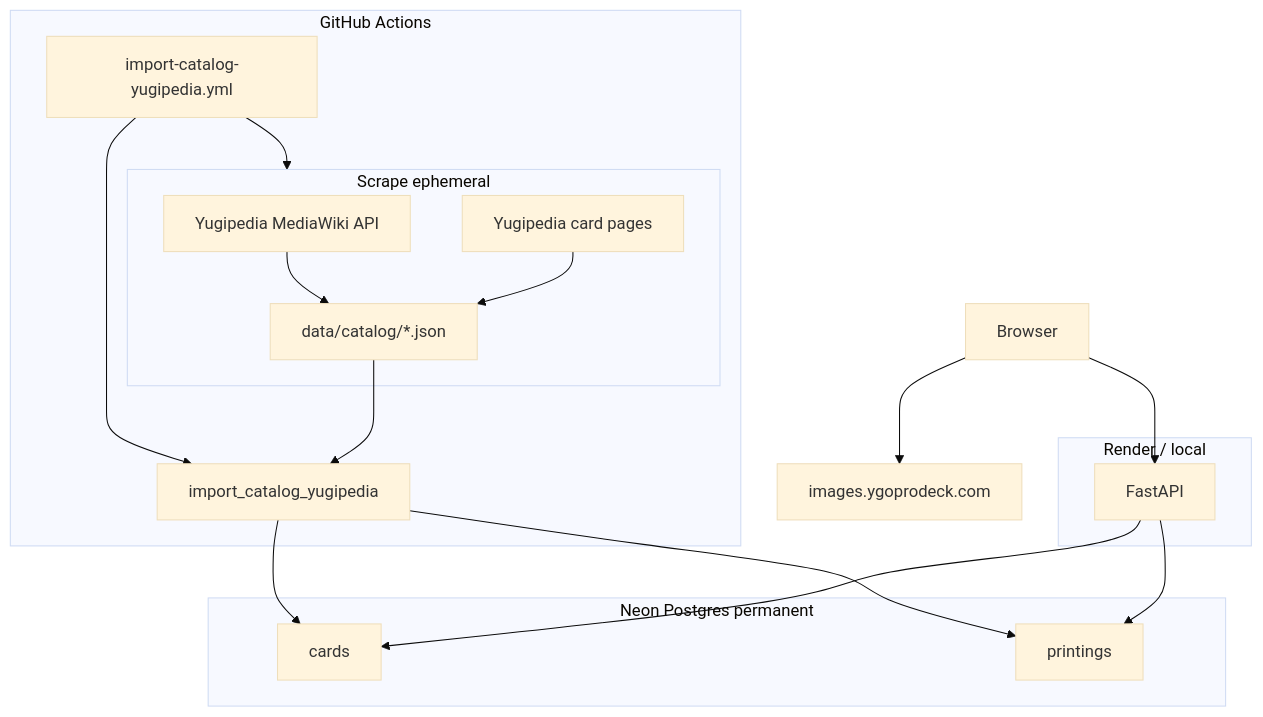
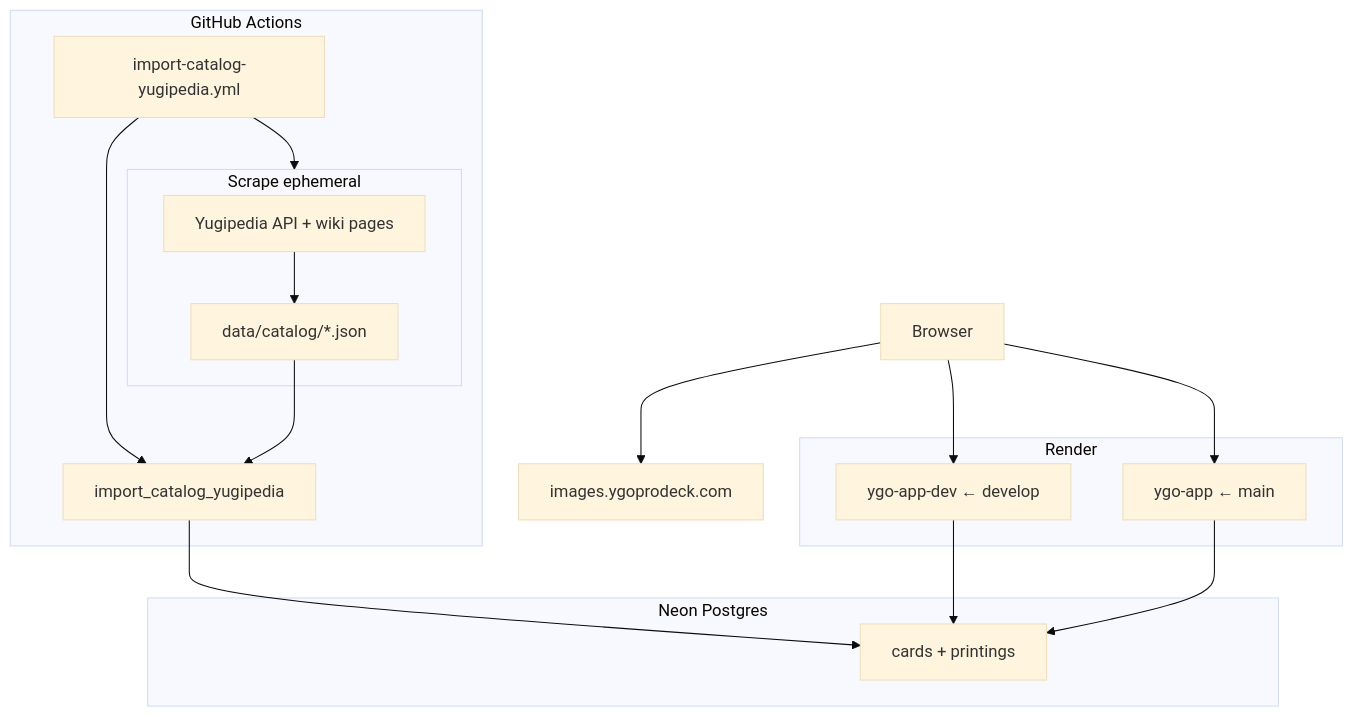
One commit to egera24/YGO-DB changed the diagram in agent_handoff.md. Above: the diagram before and after it, drawn with Mermaid (base theme). The commit also changed other lines of this file, not shown here.

````diff
--- a/agent_handoff.md
+++ b/agent_handoff.md
@@ -47,29 +46,27 @@
 ```mermaid
 flowchart TB
   subgraph scrape [Scrape ephemeral]
-    API[Yugipedia MediaWiki API]
-    Wiki[Yugipedia card pages]
+    Wiki[Yugipedia API + wiki pages]
     JSON["data/catalog/*.json"]
-    API --> JSON
     Wiki --> JSON
   end
   subgraph gha [GitHub Actions]
     WF["import-catalog-yugipedia.yml"]
     WF --> scrape
     WF --> ImportJob[import_catalog_yugipedia]
   end
-  subgraph neon [Neon Postgres permanent]
-    Cards[cards]
-    Printings[printings]
+  subgraph neon [Neon Postgres]
+    Cards[cards + printings]
   end
-  subgraph app [Render / local]
-    FastAPI[FastAPI]
+  subgraph render [Render]
+    DevWeb["ygo-app-dev ← develop"]
+    ProdWeb["ygo-app ← main"]
   end
   JSON --> ImportJob
   ImportJob --> Cards
-  ImportJob --> Printings
-  FastAPI --> Cards
-  FastAPI --> Printings
-  Browser --> FastAPI
+  DevWeb --> Cards
+  ProdWeb --> Cards
+  Browser --> DevWeb
+  Browser --> ProdWeb
   Browser --> CDN["images.ygoprodeck.com"]
 ```
````
